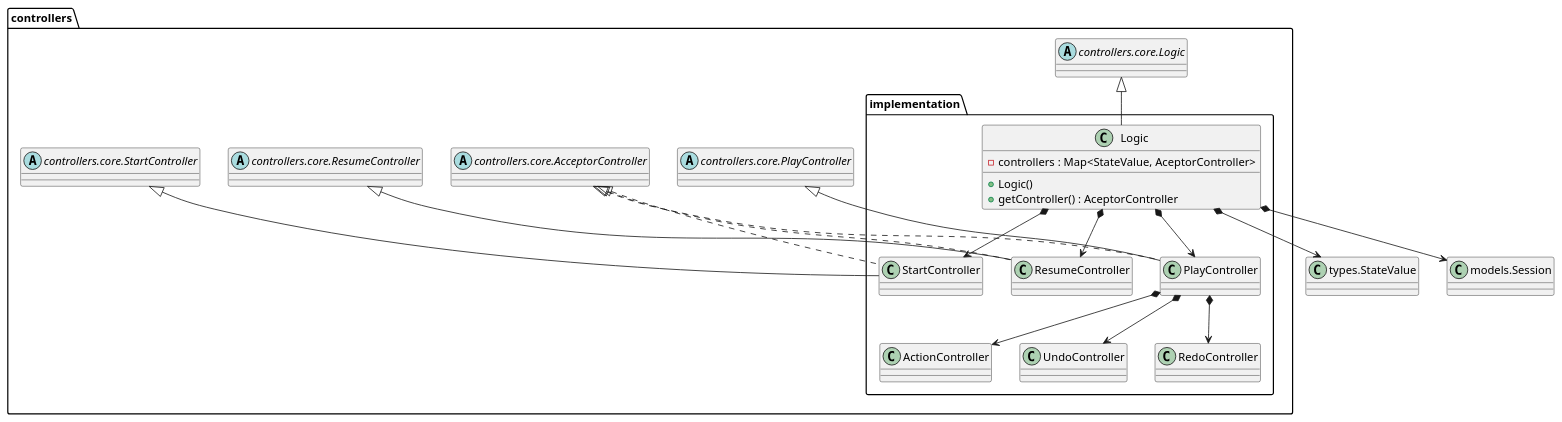
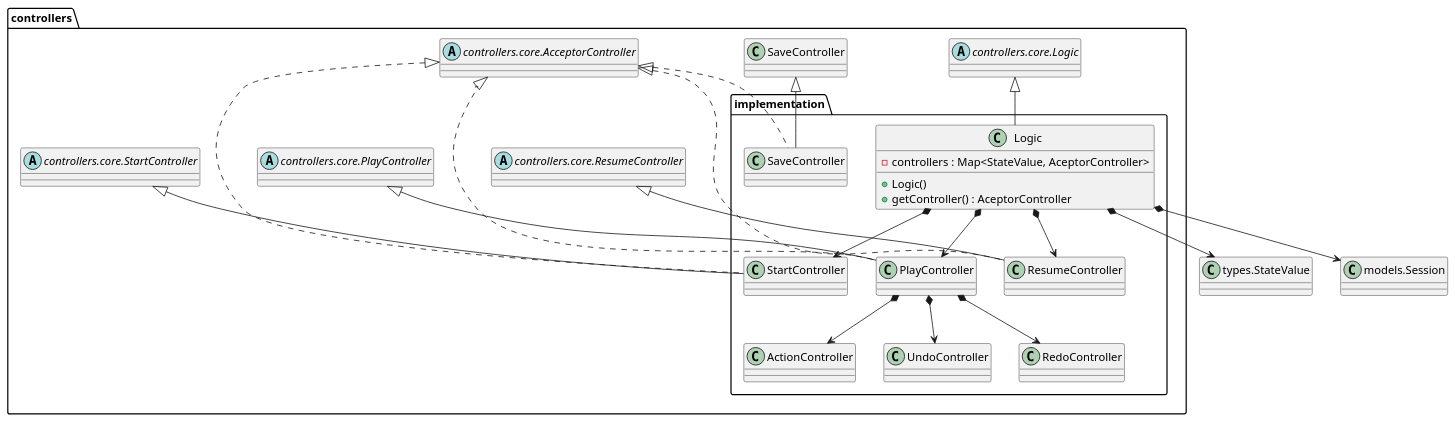
The diagram in connect4/Docs/diagrams/src/packages/connect4.connect4.controllers.implementation.plantuml (js-rom/connect4), drawn with PlantUML before and after one commit. The commit also changed 14 other files, not shown here.

Commit message:
feat: add save controller (acceptor controller) to core, implementation and proxies, update ControllerVisitor and implements new methods in views implementing ControllerVisitor #8

```diff
--- a/connect4/Docs/diagrams/src/packages/connect4.connect4.controllers.implementation.plantuml
+++ b/connect4/Docs/diagrams/src/packages/connect4.connect4.controllers.implementation.plantuml
@@ -1,63 +1,69 @@
 @startuml connect4.connect4.controllers.implementation
 
 class controllers.implementation.Logic {
     -controllers : Map<StateValue, AceptorController> 
     +Logic()
     +getController() : AceptorController
 }
 
 
 class controllers.implementation.StartController {
 
 }
 
 
 class controllers.implementation.PlayController{
 
 }
 
 class controllers.implementation.ActionController{
    
 }
 
 class controllers.implementation.UndoController{
   
 }
 
 class controllers.implementation.RedoController{
    
 }
 
+class controllers.implementation.SaveController{
+  
+}
+
 class controllers.implementation.ResumeController{
   
 }
 
 class Session as "models.Session"
 class StateValue as "types.StateValue"
 
 abstract class controllers.AcceptorController as "controllers.core.AcceptorController"
 AcceptorController <|.. StartController
 AcceptorController <|.. PlayController
+AcceptorController <|.. SaveController
 AcceptorController <|.. ResumeController
 
 abstract class controllers.coreLogic as "controllers.core.Logic"
 coreLogic <|-- Logic
 Logic *--> Session
 Logic *--> StartController
 Logic *--> PlayController
 Logic *--> ResumeController
 Logic *--> StateValue
 
 PlayController *--> ActionController
 PlayController *--> UndoController
 PlayController *--> RedoController
 
 abstract class controllers.StartController as "controllers.core.StartController"
 abstract class controllers.PlayController as "controllers.core.PlayController"
 abstract class controllers.ResumeController as "controllers.core.ResumeController"
 
 controllers.StartController <|-- controllers.implementation.StartController
 controllers.PlayController <|-- controllers.implementation.PlayController
+controllers.SaveController <|-- controllers.implementation.SaveController
 controllers.ResumeController <|-- controllers.implementation.ResumeController
 
 @enduml
```
